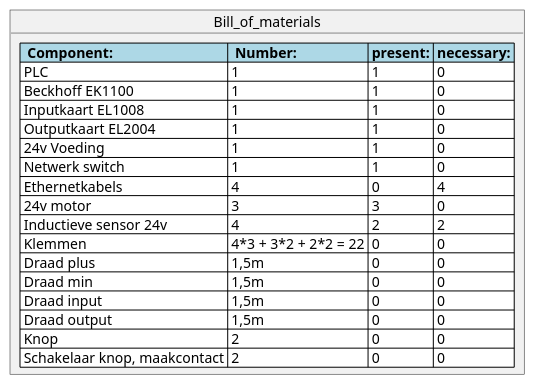
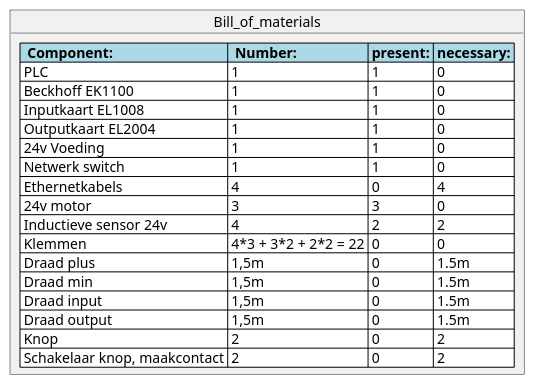
One commit to Timon14kraan/Project-Proces-and-Safety changed the diagram in src/Materials.md. Above: the diagram before and after it, drawn with PlantUML.

Commit message:
aantal gewijzigd

````diff
--- a/src/Materials.md
+++ b/src/Materials.md
@@ -3,25 +3,25 @@
 ```plantuml
 @startuml
 
 object Bill_of_materials {
   <#lightblue,#black>|=  Component:  |=  Number:  |= present: |= necessary: |
   <#white>| PLC | 1 | 1 | 0 |
   <#white>| Beckhoff EK1100 | 1 | 1 | 0 |
   <#white>| Inputkaart EL1008 | 1 | 1 | 0 |
   <#white>| Outputkaart EL2004 | 1 | 1 | 0 |
   <#white>| 24v Voeding | 1 | 1 | 0 |
   <#white>| Netwerk switch | 1 | 1 | 0 |
   <#white>| Ethernetkabels | 4 | 0 | 4 | 
   <#white>| 24v motor | 3 | 3 | 0 |
   <#white>| Inductieve sensor 24v | 4 | 2 | 2 |
   <#white>| Klemmen | 4*3 + 3*2 + 2*2 = 22 | 0 | 0 |
-  <#white>| Draad plus | 1,5m | 0 | 0 |
-  <#white>| Draad min | 1,5m | 0 | 0 |
-  <#white>| Draad input | 1,5m | 0 | 0 |
-  <#white>| Draad output | 1,5m | 0 | 0 |
-  <#white>| Knop | 2 | 0 | 0 |
-  <#white>| Schakelaar knop, maakcontact | 2 | 0 | 0 |
+  <#white>| Draad plus | 1,5m | 0 | 1.5m |
+  <#white>| Draad min | 1,5m | 0 | 1.5m |
+  <#white>| Draad input | 1,5m | 0 | 1.5m |
+  <#white>| Draad output | 1,5m | 0 | 1.5m |
+  <#white>| Knop | 2 | 0 | 2 |
+  <#white>| Schakelaar knop, maakcontact | 2 | 0 | 2 |
 }
 
 @endulm
 ```
````
